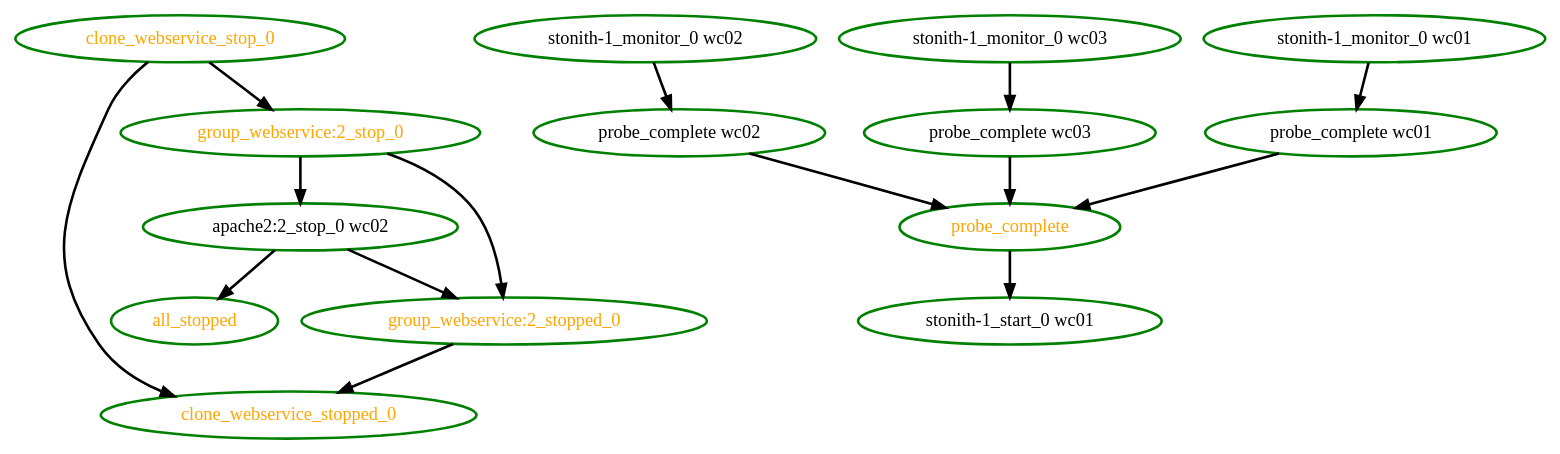
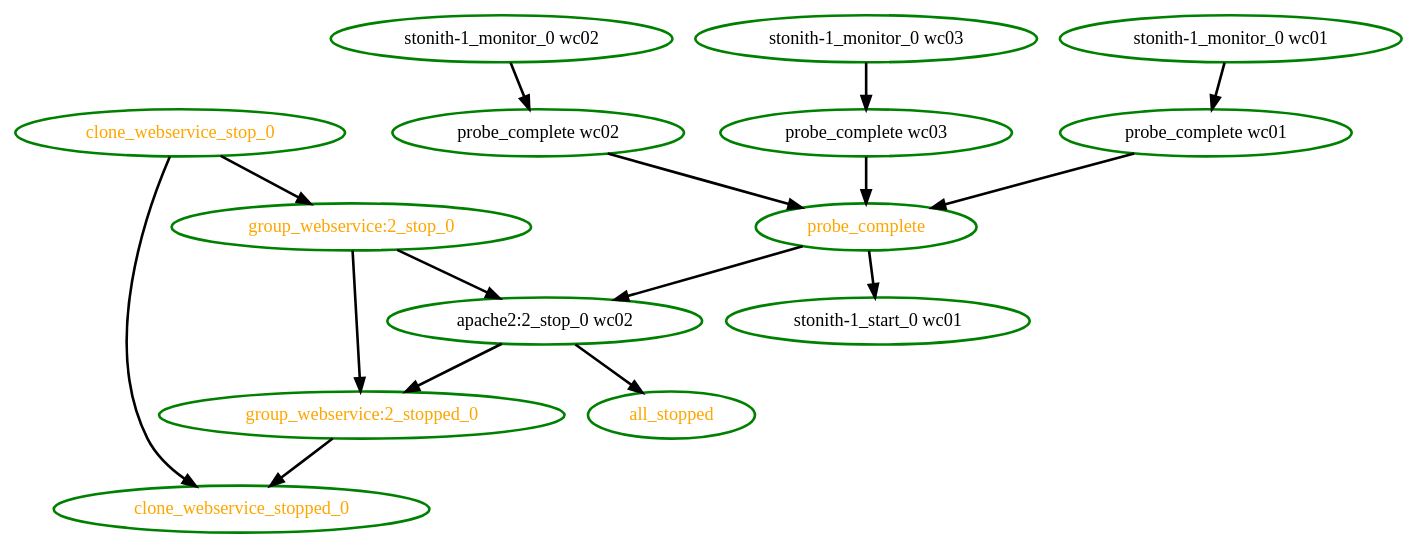
The diagram in pengine/test10/clone-anon-dup.dot (linux-ha-japan/pm_diskd), drawn with Graphviz before and after one commit. The commit also changed 22 other files, not shown here.

```diff
--- a/pengine/test10/clone-anon-dup.dot
+++ b/pengine/test10/clone-anon-dup.dot
@@ -1,30 +1,31 @@
 digraph "g" {
 "all_stopped" [ style=bold color="green" fontcolor="orange"  ]
 "apache2:2_stop_0 wc02" -> "all_stopped" [ style = bold]
 "apache2:2_stop_0 wc02" -> "group_webservice:2_stopped_0" [ style = bold]
 "apache2:2_stop_0 wc02" [ style=bold color="green" fontcolor="black"  ]
 "clone_webservice_stop_0" -> "clone_webservice_stopped_0" [ style = bold]
 "clone_webservice_stop_0" -> "group_webservice:2_stop_0" [ style = bold]
 "clone_webservice_stop_0" [ style=bold color="green" fontcolor="orange"  ]
 "clone_webservice_stopped_0" [ style=bold color="green" fontcolor="orange"  ]
 "group_webservice:2_stop_0" -> "apache2:2_stop_0 wc02" [ style = bold]
 "group_webservice:2_stop_0" -> "group_webservice:2_stopped_0" [ style = bold]
 "group_webservice:2_stop_0" [ style=bold color="green" fontcolor="orange"  ]
 "group_webservice:2_stopped_0" -> "clone_webservice_stopped_0" [ style = bold]
 "group_webservice:2_stopped_0" [ style=bold color="green" fontcolor="orange"  ]
 "probe_complete wc01" -> "probe_complete" [ style = bold]
 "probe_complete wc01" [ style=bold color="green" fontcolor="black"  ]
 "probe_complete wc02" -> "probe_complete" [ style = bold]
 "probe_complete wc02" [ style=bold color="green" fontcolor="black"  ]
 "probe_complete wc03" -> "probe_complete" [ style = bold]
 "probe_complete wc03" [ style=bold color="green" fontcolor="black"  ]
+"probe_complete" -> "apache2:2_stop_0 wc02" [ style = bold]
 "probe_complete" -> "stonith-1_start_0 wc01" [ style = bold]
 "probe_complete" [ style=bold color="green" fontcolor="orange"  ]
 "stonith-1_monitor_0 wc01" -> "probe_complete wc01" [ style = bold]
 "stonith-1_monitor_0 wc01" [ style=bold color="green" fontcolor="black"  ]
 "stonith-1_monitor_0 wc02" -> "probe_complete wc02" [ style = bold]
 "stonith-1_monitor_0 wc02" [ style=bold color="green" fontcolor="black"  ]
 "stonith-1_monitor_0 wc03" -> "probe_complete wc03" [ style = bold]
 "stonith-1_monitor_0 wc03" [ style=bold color="green" fontcolor="black"  ]
 "stonith-1_start_0 wc01" [ style=bold color="green" fontcolor="black"  ]
 }
```
